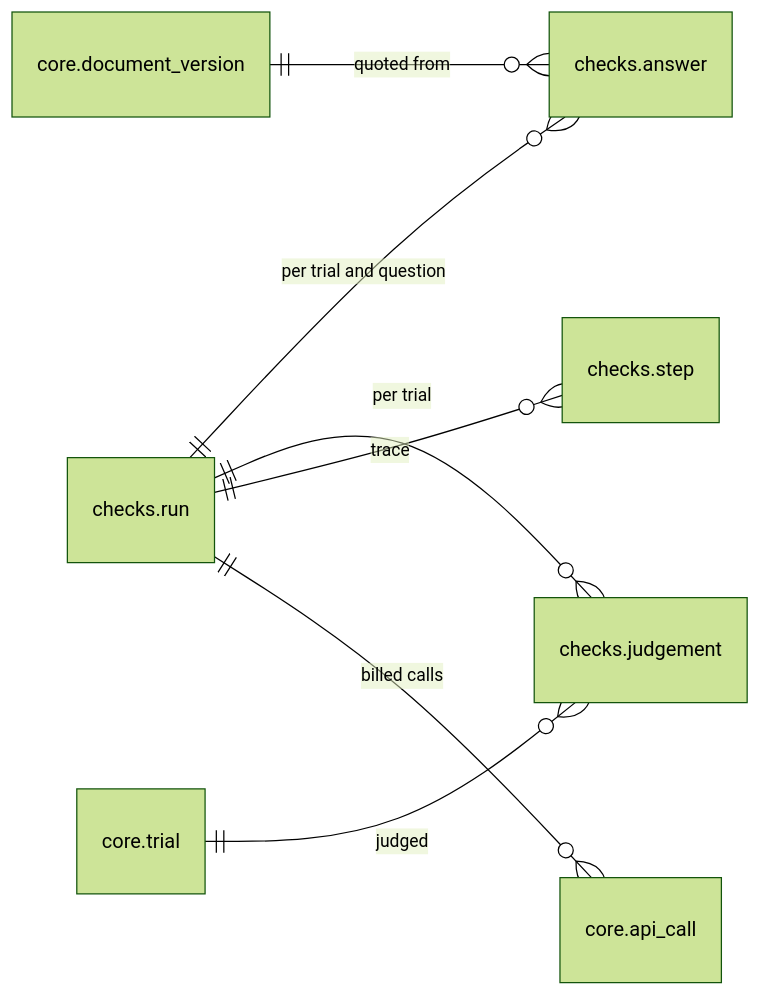
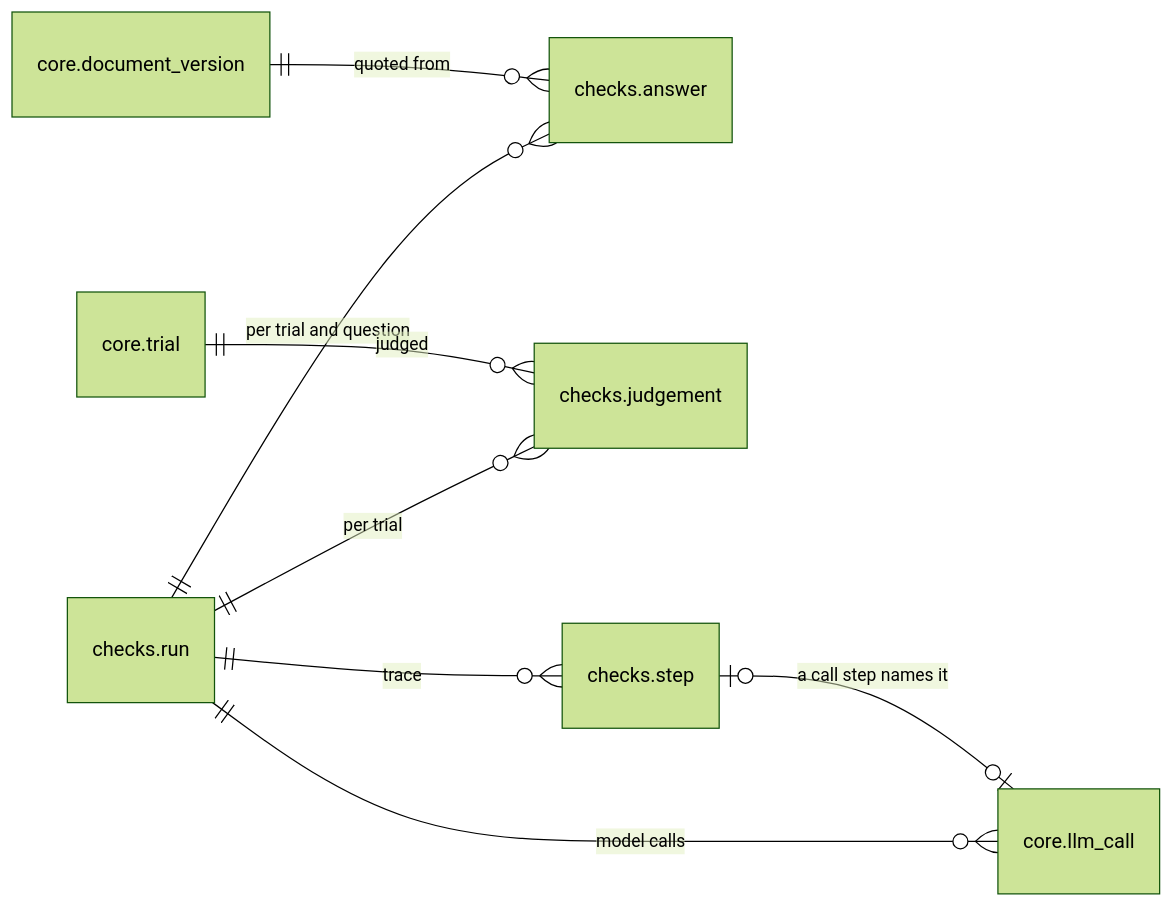
The third of 3 diagrams in docs/checks.md (shmarlya/trialwatch), drawn with Mermaid (forest theme) before and after one commit. The commit also changed other lines of this file and 66 other files, not shown here.

````diff
--- a/docs/checks.md
+++ b/docs/checks.md
@@ -164,17 +165,18 @@
 ```mermaid
 erDiagram
     direction LR
     run["checks.run"]
     answer["checks.answer"]
     judgement["checks.judgement"]
     step["checks.step"]
     trial["core.trial"]
     version["core.document_version"]
-    api_call["core.api_call"]
+    llm_call["core.llm_call"]
     run ||--o{ answer : "per trial and question"
     run ||--o{ judgement : "per trial"
     run ||--o{ step : "trace"
     trial ||--o{ judgement : "judged"
     version ||--o{ answer : "quoted from"
-    run ||--o{ api_call : "billed calls"
+    run ||--o{ llm_call : "model calls"
+    step |o--o| llm_call : "a call step names it"
 ```
````
